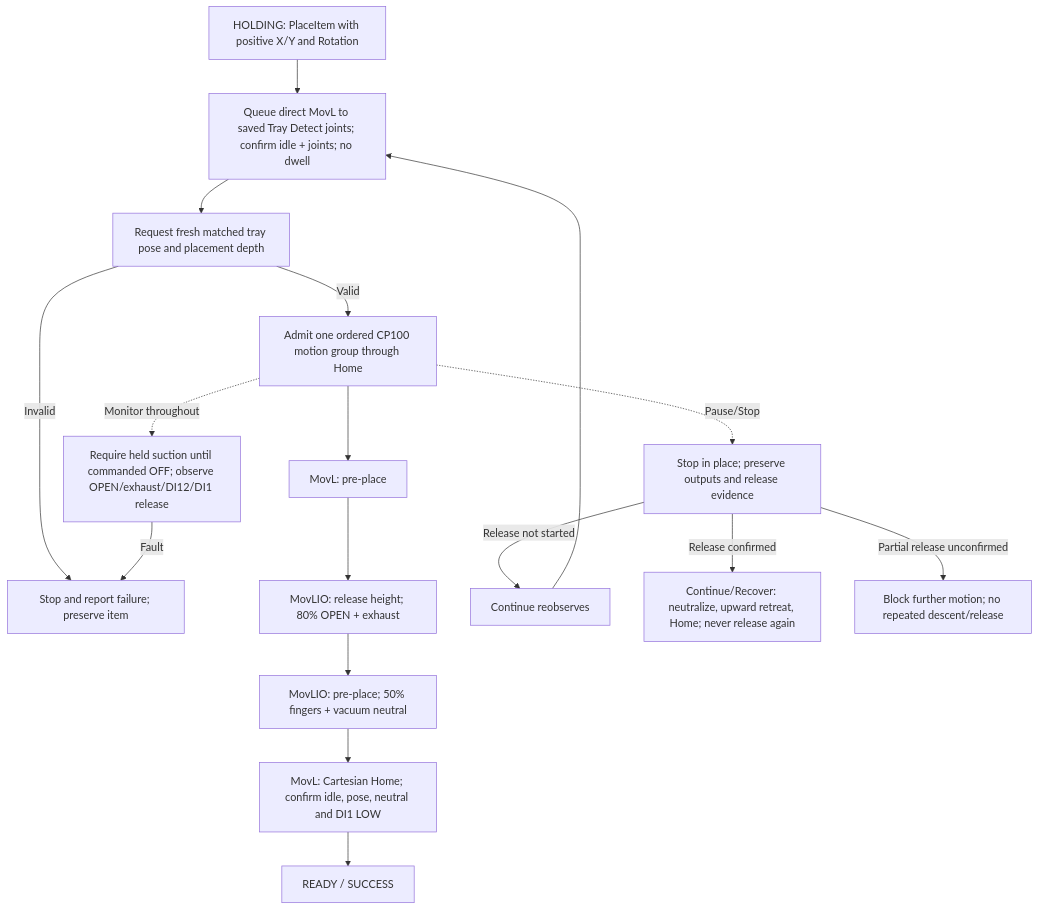
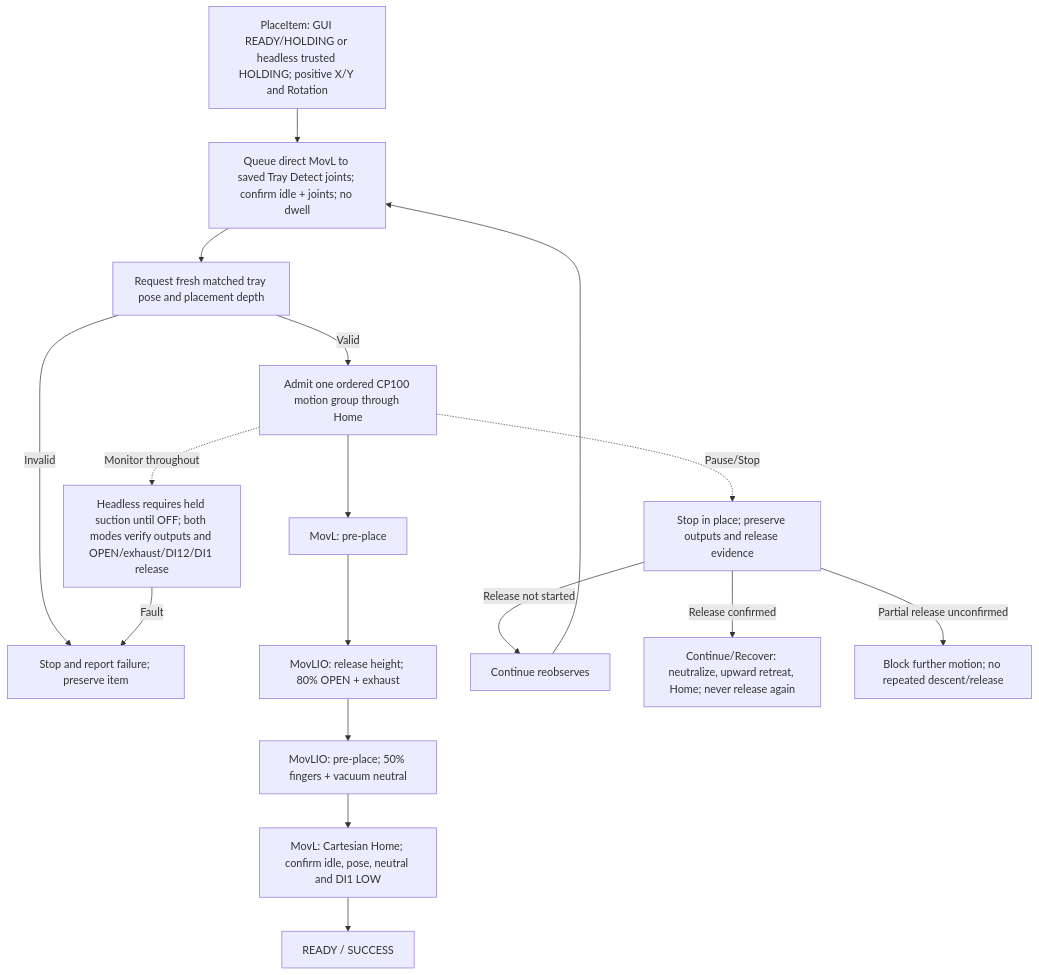
One commit to esgange/dobot_picknplace_yolo changed the fourth of 7 diagrams in docs/ROBOT_CONTROLLER_FSM.md. Above: the diagram before and after it, drawn with Mermaid. The commit also changed other lines of this file and 17 other files, not shown here.

Commit message:
Allow attended GUI placement with or without a held item

````diff
--- a/docs/ROBOT_CONTROLLER_FSM.md
+++ b/docs/ROBOT_CONTROLLER_FSM.md
@@ -215,19 +222,19 @@
 ```mermaid
 flowchart TD
-    Request["HOLDING: PlaceItem with positive X/Y and Rotation"] --> Observe["Queue direct MovL to saved Tray Detect joints; confirm idle + joints; no dwell"]
+    Request["PlaceItem: GUI READY/HOLDING or headless trusted HOLDING; positive X/Y and Rotation"] --> Observe["Queue direct MovL to saved Tray Detect joints; confirm idle + joints; no dwell"]
     Observe --> Depth["Request fresh matched tray pose and placement depth"]
     Depth -->|Invalid| Stop["Stop and report failure; preserve item"]
     Depth -->|Valid| Queue["Admit one ordered CP100 motion group through Home"]
     Queue --> Pre["MovL: pre-place"]
     Pre --> Release["MovLIO: release height; 80% OPEN + exhaust"]
     Release --> Retract["MovLIO: pre-place; 50% fingers + vacuum neutral"]
     Retract --> Home["MovL: Cartesian Home; confirm idle, pose, neutral and DI1 LOW"]
     Home --> Ready["READY / SUCCESS"]
-    Queue -. "Monitor throughout" .-> Feedback["Require held suction until commanded OFF; observe OPEN/exhaust/DI12/DI1 release"]
+    Queue -. "Monitor throughout" .-> Feedback["Headless requires held suction until OFF; both modes verify outputs and OPEN/exhaust/DI12/DI1 release"]
     Feedback -->|Fault| Stop
     Queue -. "Pause/Stop" .-> Stopped["Stop in place; preserve outputs and release evidence"]
     Stopped -->|Release not started| Retry["Continue reobserves"]
     Retry --> Observe
     Stopped -->|Release confirmed| Recover["Continue/Recover: neutralize, upward retreat, Home; never release again"]
     Stopped -->|Partial release unconfirmed| Block["Block further motion; no repeated descent/release"]
 ```
````
